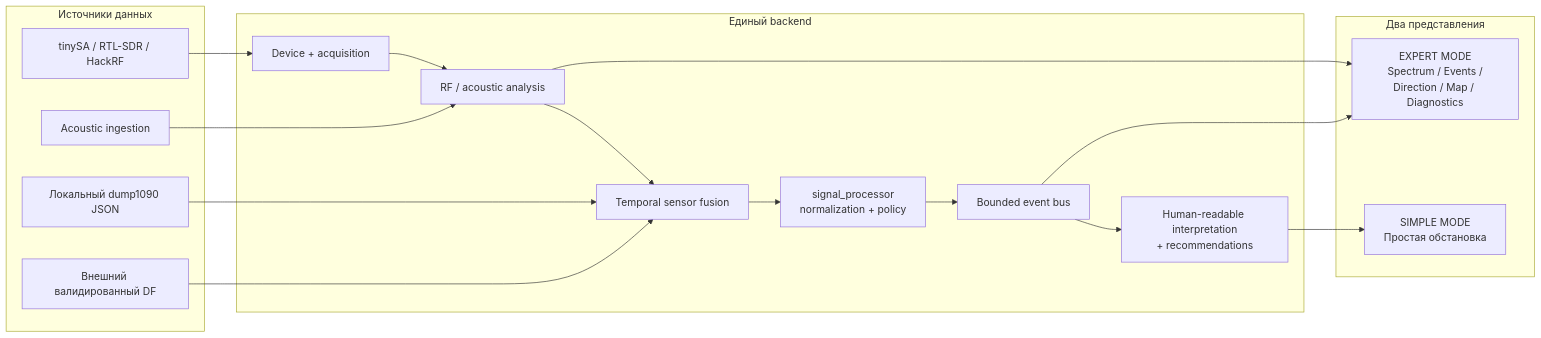
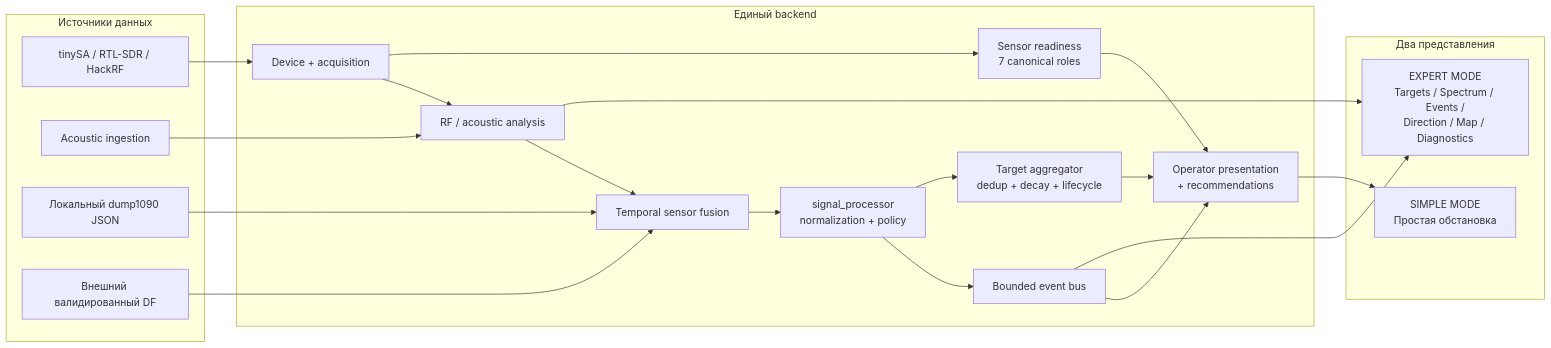
Before and after one commit to kryshkoilya/ALGA-VECTOR: the diagram in docs/GITHUB_PROJECT_OVERVIEW_RU.md, drawn with Mermaid. The commit also changed other lines of this file and 62 other files, not shown here.

````diff
--- a/docs/GITHUB_PROJECT_OVERVIEW_RU.md
+++ b/docs/GITHUB_PROJECT_OVERVIEW_RU.md
@@ -66,32 +75,36 @@
 ```mermaid
 flowchart LR
     subgraph Sensors["Источники данных"]
         RF["tinySA / RTL-SDR / HackRF"]
         AC["Acoustic ingestion"]
         ADSB["Локальный dump1090 JSON"]
         DF["Внешний валидированный DF"]
     end
 
     subgraph Core["Единый backend"]
         DEV["Device + acquisition"]
         ANA["RF / acoustic analysis"]
         FUS["Temporal sensor fusion"]
         NORM["signal_processor\nnormalization + policy"]
         BUS["Bounded event bus"]
-        INT["Human-readable interpretation\n+ recommendations"]
+        TGT["Target aggregator\ndedup + decay + lifecycle"]
+        READY["Sensor readiness\n7 canonical roles"]
+        INT["Operator presentation\n+ recommendations"]
     end
 
     subgraph UI["Два представления"]
         SIMPLE["SIMPLE MODE\nПростая обстановка"]
-        EXPERT["EXPERT MODE\nSpectrum / Events /\nDirection / Map / Diagnostics"]
+        EXPERT["EXPERT MODE\nTargets / Spectrum / Events /\nDirection / Map / Diagnostics"]
     end
 
     RF --> DEV --> ANA --> FUS
     AC --> ANA
     ADSB --> FUS
     DF --> FUS
     FUS --> NORM --> BUS --> INT
+    NORM --> TGT --> INT
+    DEV --> READY --> INT
     INT --> SIMPLE
     BUS --> EXPERT
     ANA --> EXPERT
 ```
````
